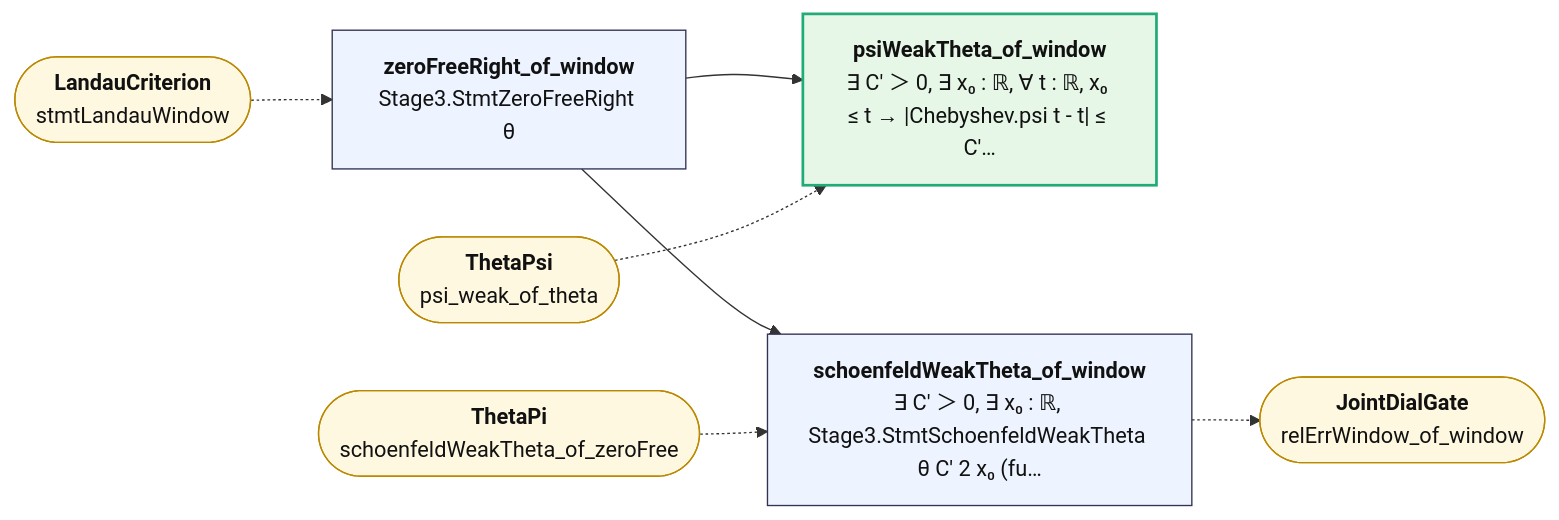
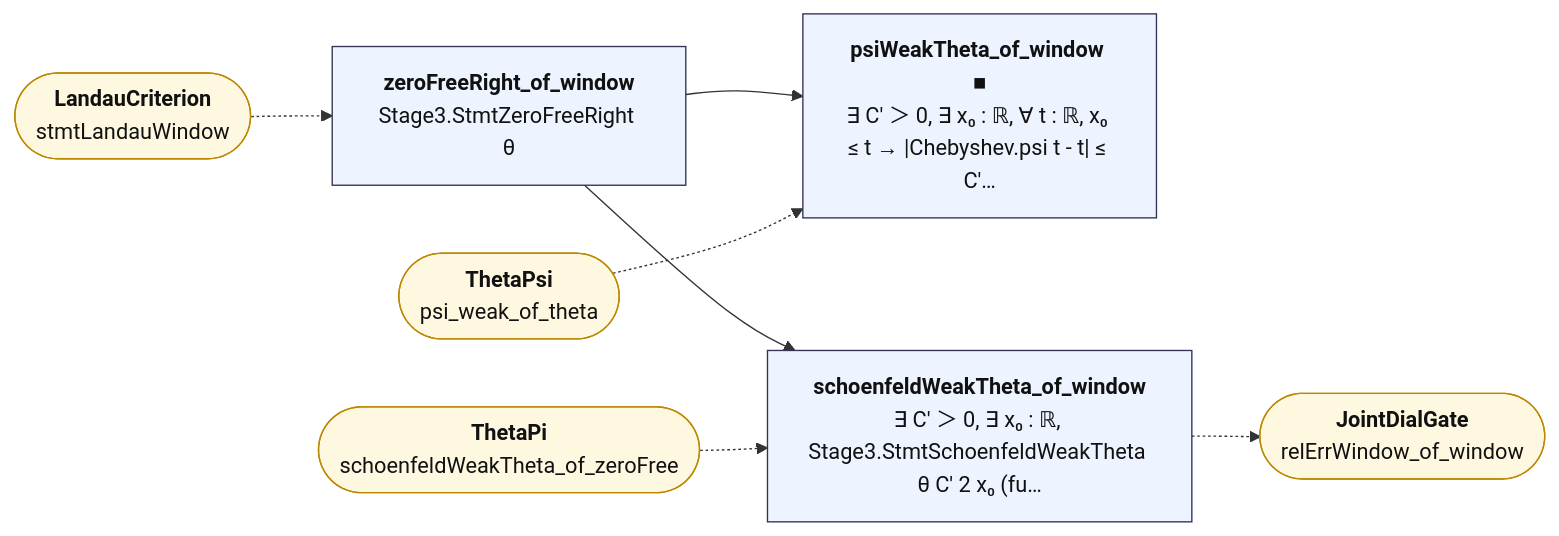
Before and after one commit to juliansambranojr/Primebeat_081426: the diagram in map/lean_stage3/JointWindowDial.md, drawn with Mermaid. The commit also changed other lines of this file and 398 other files, not shown here.

````diff
--- a/map/lean_stage3/JointWindowDial.md
+++ b/map/lean_stage3/JointWindowDial.md
@@ -12,21 +12,24 @@
 ```mermaid
 flowchart LR
   n0["<b>zeroFreeRight_of_window</b><br/>Stage3.StmtZeroFreeRight θ"]:::thm
-  n1["<b>psiWeakTheta_of_window</b><br/>∃ C' ＞ 0, ∃ x₀ : ℝ, ∀ t : ℝ, x₀ ≤ t → |Chebyshev.psi t - t| ≤ C'…"]:::end_
+  n1["<b>psiWeakTheta_of_window ■</b><br/>∃ C' ＞ 0, ∃ x₀ : ℝ, ∀ t : ℝ, x₀ ≤ t → |Chebyshev.psi t - t| ≤ C'…"]:::thm
   n2["<b>schoenfeldWeakTheta_of_window</b><br/>∃ C' ＞ 0, ∃ x₀ : ℝ, Stage3.StmtSchoenfeldWeakTheta θ C' 2 x₀ (fu…"]:::thm
   x0(["<b>LandauCriterion</b><br/>stmtLandauWindow"]):::ext
   x1(["<b>ThetaPsi</b><br/>psi_weak_of_theta"]):::ext
   x2(["<b>ThetaPi</b><br/>schoenfeldWeakTheta_of_zeroFree"]):::ext
   x3(["<b>JointDialGate</b><br/>relErrWindow_of_window"]):::ext
   n0 --> n1
   n0 --> n2
   n2 -.-> x3
   x0 -.-> n0
   x1 -.-> n1
   x2 -.-> n2
+  classDef cnt fill:#dff5ec,stroke:#17694a,color:#111
+  classDef shp fill:#f1ecfb,stroke:#5b3fa0,color:#111
+  classDef rh fill:#ffe5e5,stroke:#c22,color:#111,stroke-width:2px
   classDef thm fill:#eef4ff,stroke:#335,color:#111
   classDef end_ fill:#e7f7e7,stroke:#2a7,color:#111,stroke-width:2px
   classDef lone fill:#fff,stroke:#999,color:#111,stroke-dasharray:4 3
   classDef bad fill:#ffe5e5,stroke:#c22,color:#111,stroke-width:2px
   classDef ext fill:#fff8e1,stroke:#b80,color:#111
 ```
````
